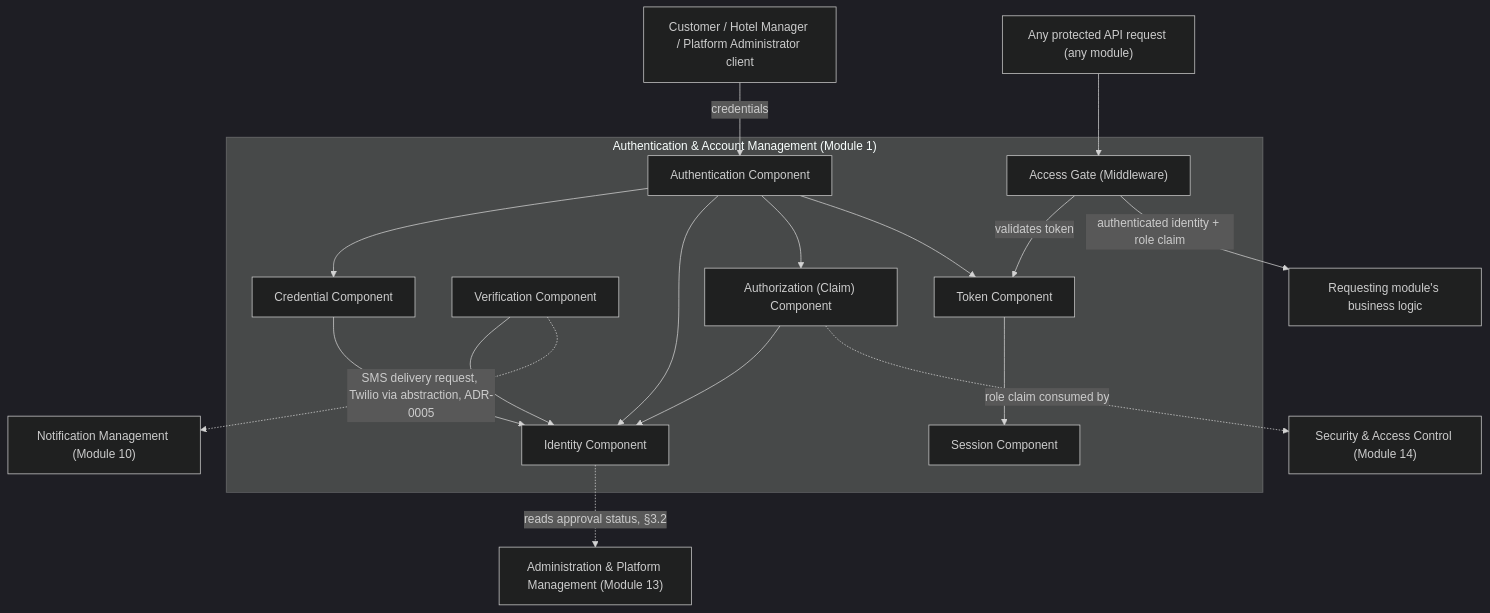
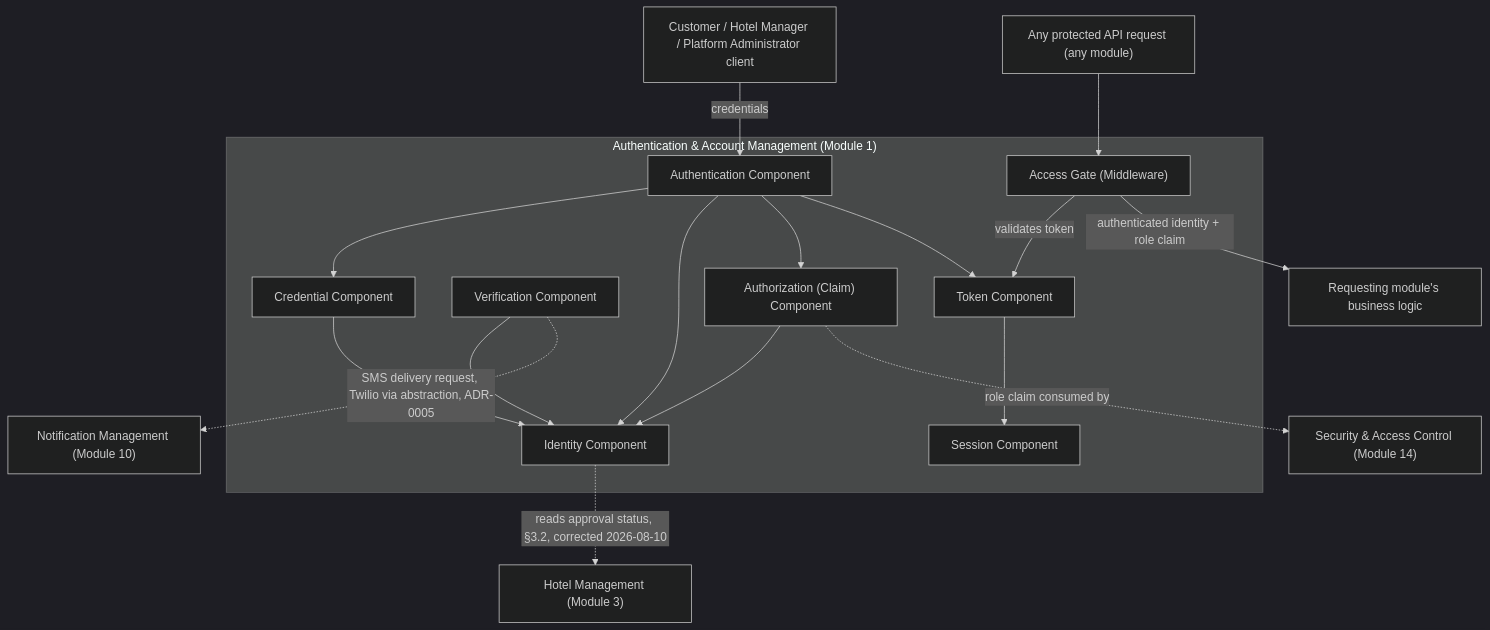
Before and after one commit to Ahmed-Naafic/hotel-hall-booking-system: the first of 11 diagrams in docs/05-technical-design/modules/01-authentication-and-account-management/technical-design.md, drawn with Mermaid (dark theme). The commit also changed other lines of this file and 6 other files, not shown here.

First line of the commit message:
feat(hotel-management): complete business and technical design

````diff
--- a/docs/05-technical-design/modules/01-authentication-and-account-management/technical-design.md
+++ b/docs/05-technical-design/modules/01-authentication-and-account-management/technical-design.md
@@ -152,31 +152,31 @@
 ```mermaid
 graph TD
     subgraph "Authentication & Account Management (Module 1)"
         IC["Identity Component"]
         CC["Credential Component"]
         AC["Authentication Component"]
         VC["Verification Component"]
         TC["Token Component"]
         SC["Session Component"]
         AZC["Authorization (Claim) Component"]
         AG["Access Gate (Middleware)"]
     end
 
     Client["Customer / Hotel Manager / Platform Administrator client"] -->|credentials| AC
     AC --> CC
     AC --> IC
     AC --> AZC
     AZC --> IC
     AC --> TC
     TC --> SC
     VC --> IC
     CC --> IC
 
     AG -->|validates token| TC
     ClientReq["Any protected API request (any module)"] --> AG
     AG -->|authenticated identity + role claim| ModuleLogic["Requesting module's business logic"]
 
     VC -.->|SMS delivery request, Twilio via abstraction, ADR-0005| NotifMod["Notification Management (Module 10)"]
-    IC -.->|reads approval status, §3.2| AdminMod["Administration & Platform Management (Module 13)"]
+    IC -.->|reads approval status, §3.2, corrected 2026-08-10| HotelMod["Hotel Management (Module 3)"]
     AZC -.->|role claim consumed by| SecMod["Security & Access Control (Module 14)"]
 ```
````
